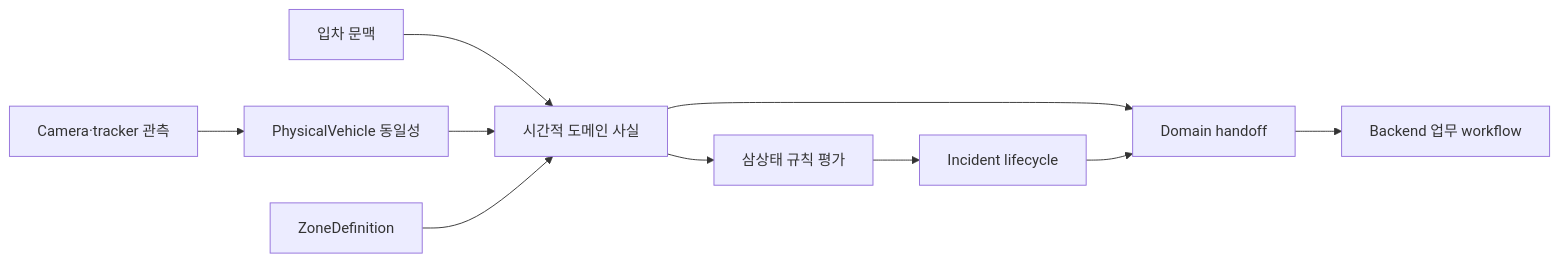
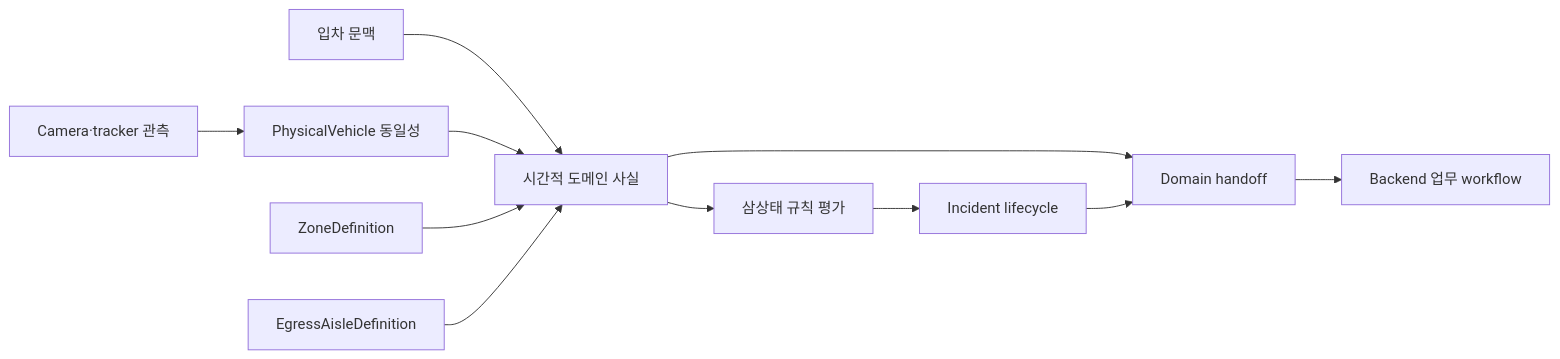
The diagram in docs/architecture/jetson/01-domain-purpose-and-output-contract.md (nias0ng/juchabaro), drawn with Mermaid before and after one commit. The commit also changed other lines of this file and 41 other files, not shown here.

````diff
--- a/docs/architecture/jetson/01-domain-purpose-and-output-contract.md
+++ b/docs/architecture/jetson/01-domain-purpose-and-output-contract.md
@@ -24,12 +24,13 @@
 ```mermaid
 flowchart LR
     OBS["Camera·tracker 관측"] --> ID["PhysicalVehicle 동일성"]
     ENTRY["입차 문맥"] --> FACT["시간적 도메인 사실"]
     ID --> FACT
     ZONE["ZoneDefinition"] --> FACT
+    EGRESS["EgressAisleDefinition"] --> FACT
     FACT --> RULE["삼상태 규칙 평가"]
     RULE --> INCIDENT["Incident lifecycle"]
     FACT --> OUTPUT["Domain handoff"]
     INCIDENT --> OUTPUT
     OUTPUT --> WORKFLOW["Backend 업무 workflow"]
 ```
````
